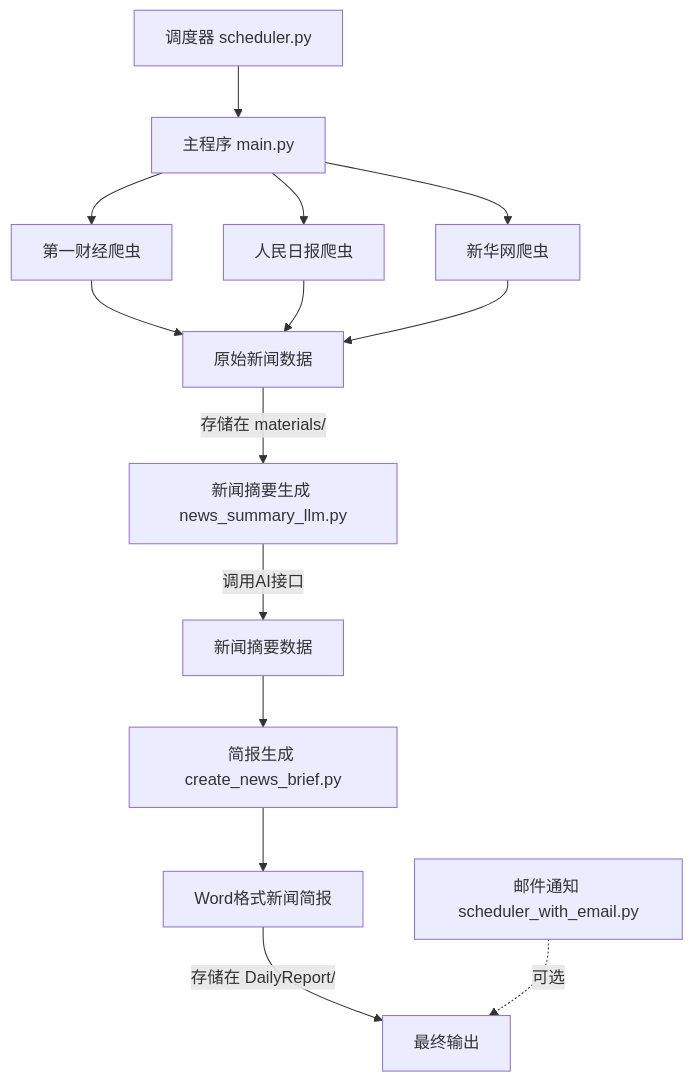
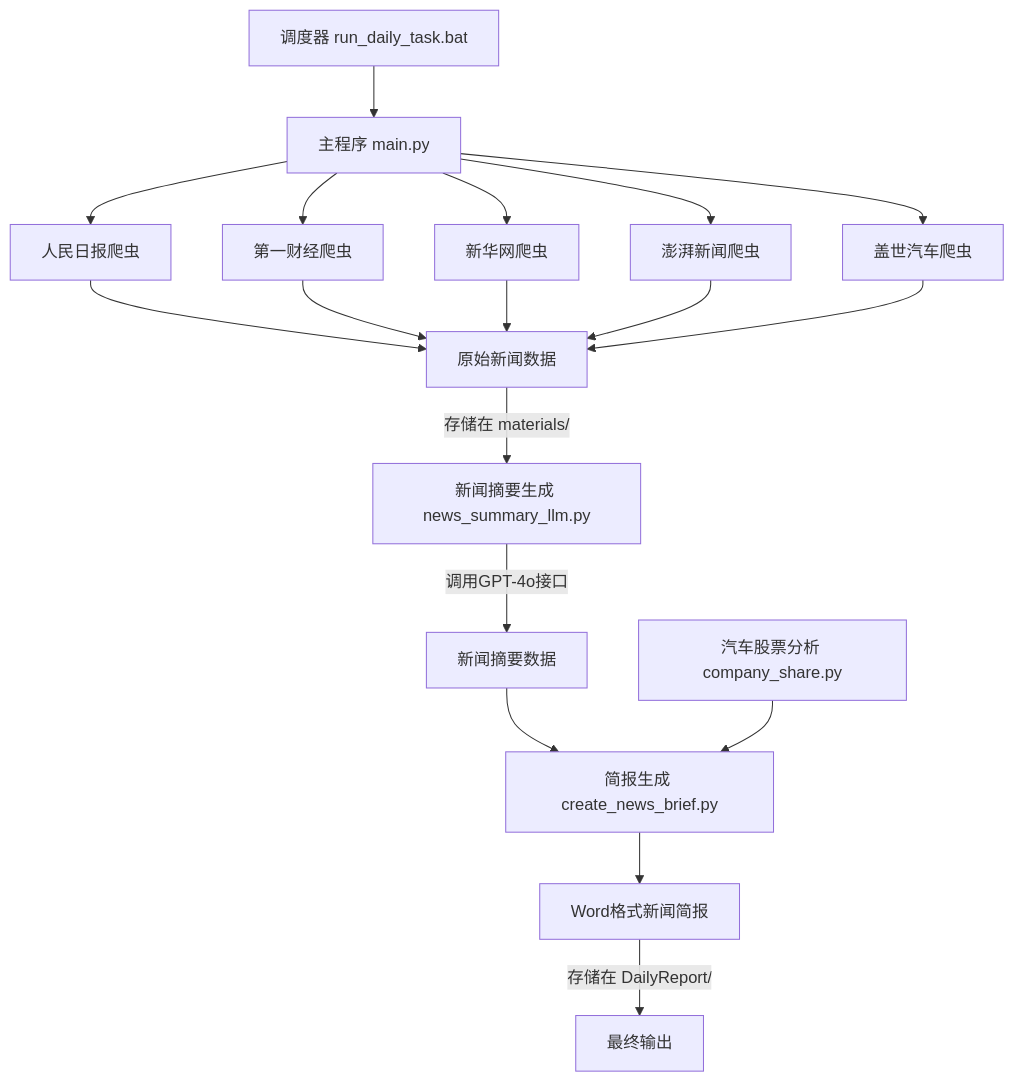
The diagram in README.md (Wenjli974/DailyKnows), drawn with Mermaid before and after one commit. The commit also changed other lines of this file and 2 other files, not shown here.

````diff
--- a/README.md
+++ b/README.md
@@ -79,16 +76,20 @@
 ```mermaid
 graph TD
-    A[调度器 scheduler.py] --> B[主程序 main.py]
-    B --> C1[第一财经爬虫]
-    B --> C2[人民日报爬虫]
+    A[调度器 run_daily_task.bat] --> B[主程序 main.py]
+    B --> C1[人民日报爬虫]
+    B --> C2[第一财经爬虫]
     B --> C3[新华网爬虫]
+    B --> C4[澎湃新闻爬虫]
+    B --> C5[盖世汽车爬虫]
     C1 --> D[原始新闻数据]
     C2 --> D
     C3 --> D
+    C4 --> D
+    C5 --> D
     D -->|存储在 materials/| E[新闻摘要生成 news_summary_llm.py]
-    E -->|调用AI接口| F[新闻摘要数据]
+    E -->|调用GPT-4o接口| F[新闻摘要数据]
     F --> G[简报生成 create_news_brief.py]
-    G --> H[Word格式新闻简报]
-    H -->|存储在 DailyReport/| I[最终输出]
-    J[邮件通知 scheduler_with_email.py] -.->|可选| I
+    H[汽车股票分析 company_share.py] --> G
+    G --> I[Word格式新闻简报]
+    I -->|存储在 DailyReport/| J[最终输出]
 ```
````
